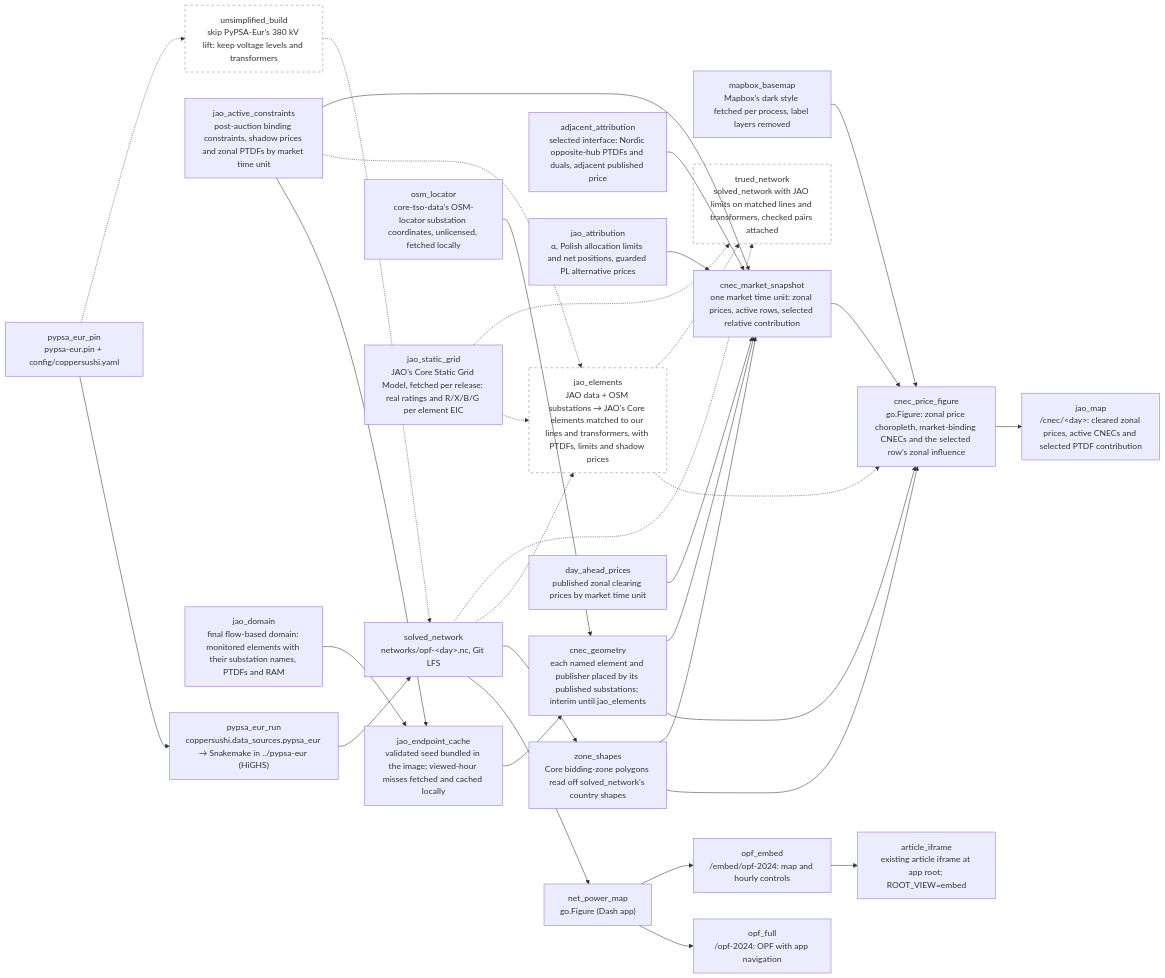
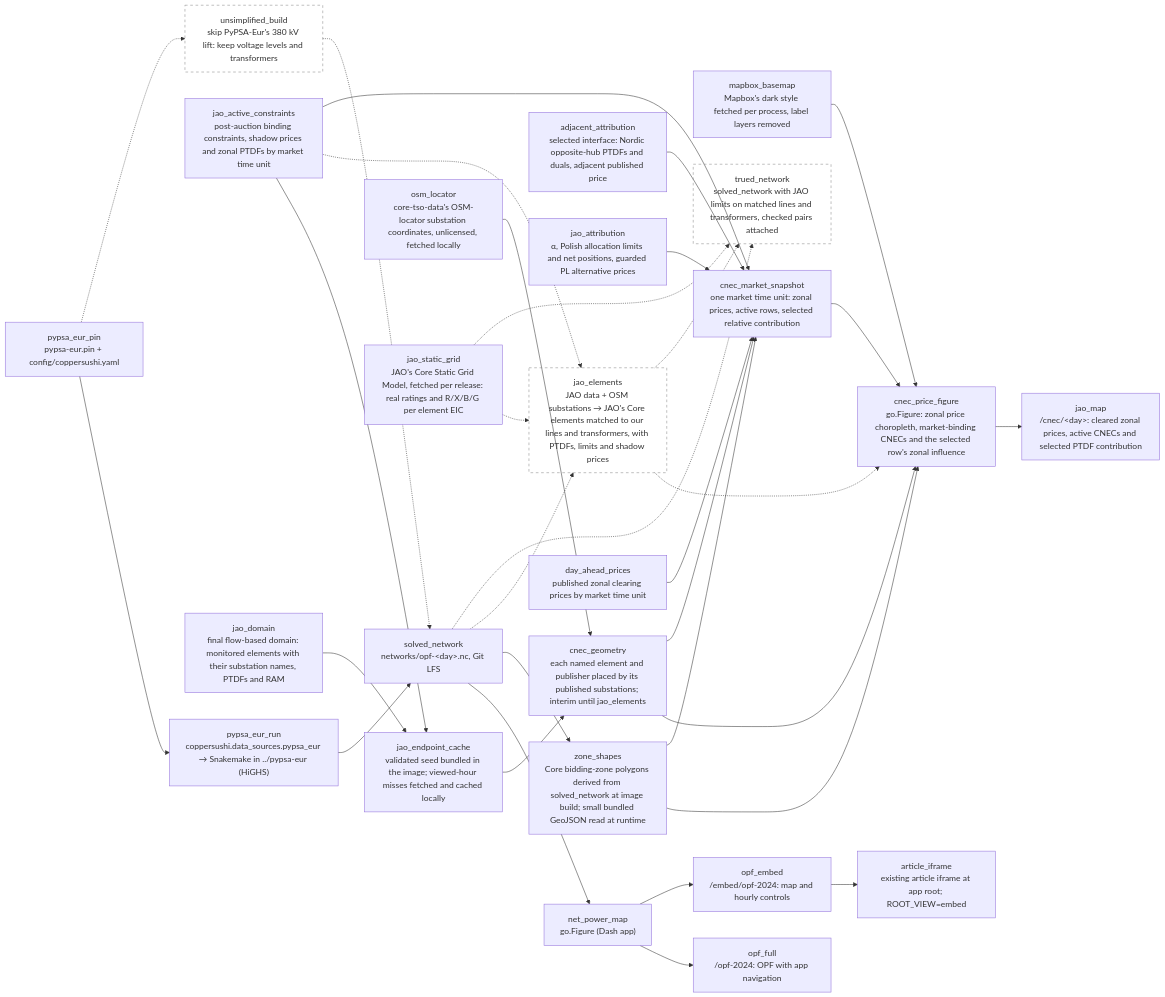
One commit to zoltanmaric/coppersushi changed the diagram in wiki/sushi-2.md. Above: the diagram before and after it, drawn with Mermaid. The commit also changed 9 other files, not shown here.

````diff
--- a/wiki/sushi-2.md
+++ b/wiki/sushi-2.md
@@ -17,64 +17,64 @@
 ```mermaid
 flowchart LR
     classDef planned stroke-dasharray: 5 5,stroke:#888,fill:none
 
     net_power_map["net_power_map<br/>go.Figure (Dash app)"]
 
     pypsa_eur_pin["pypsa_eur_pin<br/>pypsa-eur.pin + config/coppersushi.yaml"]
     pypsa_eur_run["pypsa_eur_run<br/>coppersushi.data_sources.pypsa_eur → Snakemake in ../pypsa-eur (HiGHS)"]
     solved_network["solved_network<br/>networks/opf-&lt;day&gt;.nc, Git LFS"]
     jao_active_constraints["jao_active_constraints<br/>post-auction binding constraints, shadow prices and zonal PTDFs by market time unit"]
     adjacent_attribution["adjacent_attribution<br/>selected interface: Nordic opposite-hub PTDFs and duals, adjacent published price"]
     jao_attribution["jao_attribution<br/>α, Polish allocation limits and net positions, guarded PL alternative prices"]
     jao_domain["jao_domain<br/>final flow-based domain: monitored elements with their substation names, PTDFs and RAM"]
     jao_endpoint_cache["jao_endpoint_cache<br/>validated seed bundled in the image; viewed-hour misses fetched and cached locally"]
     osm_locator["osm_locator<br/>core-tso-data's OSM-locator substation coordinates, unlicensed, fetched locally"]
     cnec_geometry["cnec_geometry<br/>each named element and publisher placed by its published substations; interim until jao_elements"]
-    zone_shapes["zone_shapes<br/>Core bidding-zone polygons read off solved_network's country shapes"]
+    zone_shapes["zone_shapes<br/>Core bidding-zone polygons derived from solved_network at image build; small bundled GeoJSON read at runtime"]
     mapbox_basemap["mapbox_basemap<br/>Mapbox's dark style fetched per process, label layers removed"]
 
     jao_static_grid["jao_static_grid<br/>JAO's Core Static Grid Model, fetched per release: real ratings and R/X/B/G per element EIC"]
 
     unsimplified["unsimplified_build<br/>skip PyPSA-Eur's 380 kV lift: keep voltage levels and transformers"]:::planned
     jao_elements["jao_elements<br/>JAO data + OSM substations → JAO's Core elements matched to our lines and transformers, with PTDFs, limits and shadow prices"]:::planned
     day_ahead_prices["day_ahead_prices<br/>published zonal clearing prices by market time unit"]
     cnec_market_snapshot["cnec_market_snapshot<br/>one market time unit: zonal prices, active rows, selected relative contribution"]
     cnec_price_figure["cnec_price_figure<br/>go.Figure: zonal price choropleth, market-binding CNECs and the selected row's zonal influence"]
     jao_map["jao_map<br/>/cnec/&lt;day&gt;: cleared zonal prices, active CNECs and selected PTDF contribution"]
     trued_network["trued_network<br/>solved_network with JAO limits on matched lines and transformers, checked pairs attached"]:::planned
 
     pypsa_eur_pin --> pypsa_eur_run
     pypsa_eur_pin -.-> unsimplified
     unsimplified -.-> solved_network
     pypsa_eur_run --> solved_network
     opf_full["opf_full<br/>/opf-2024: OPF with app navigation"]
     opf_embed["opf_embed<br/>/embed/opf-2024: map and hourly controls"]
     article_iframe["article_iframe<br/>existing article iframe at app root; ROOT_VIEW=embed"]
     net_power_map --> opf_full
     net_power_map --> opf_embed
     opf_embed --> article_iframe
     solved_network --> net_power_map
     solved_network --> zone_shapes
     zone_shapes --> cnec_price_figure
     jao_domain --> jao_endpoint_cache
     jao_active_constraints --> jao_endpoint_cache
     jao_endpoint_cache --> cnec_geometry
     osm_locator --> cnec_geometry
     cnec_geometry --> cnec_price_figure
     mapbox_basemap --> cnec_price_figure
     solved_network -.-> jao_elements
     jao_static_grid -.-> jao_elements
     jao_static_grid -.-> trued_network
     jao_active_constraints -.-> jao_elements
     adjacent_attribution --> cnec_market_snapshot
     jao_attribution --> cnec_market_snapshot
     cnec_geometry --> cnec_market_snapshot
     zone_shapes --> cnec_market_snapshot
     jao_active_constraints --> cnec_market_snapshot
     day_ahead_prices --> cnec_market_snapshot
     jao_elements -.-> cnec_price_figure
     cnec_market_snapshot --> cnec_price_figure
     cnec_price_figure --> jao_map
     jao_elements -.-> trued_network
     solved_network -.-> trued_network
 ```
````
